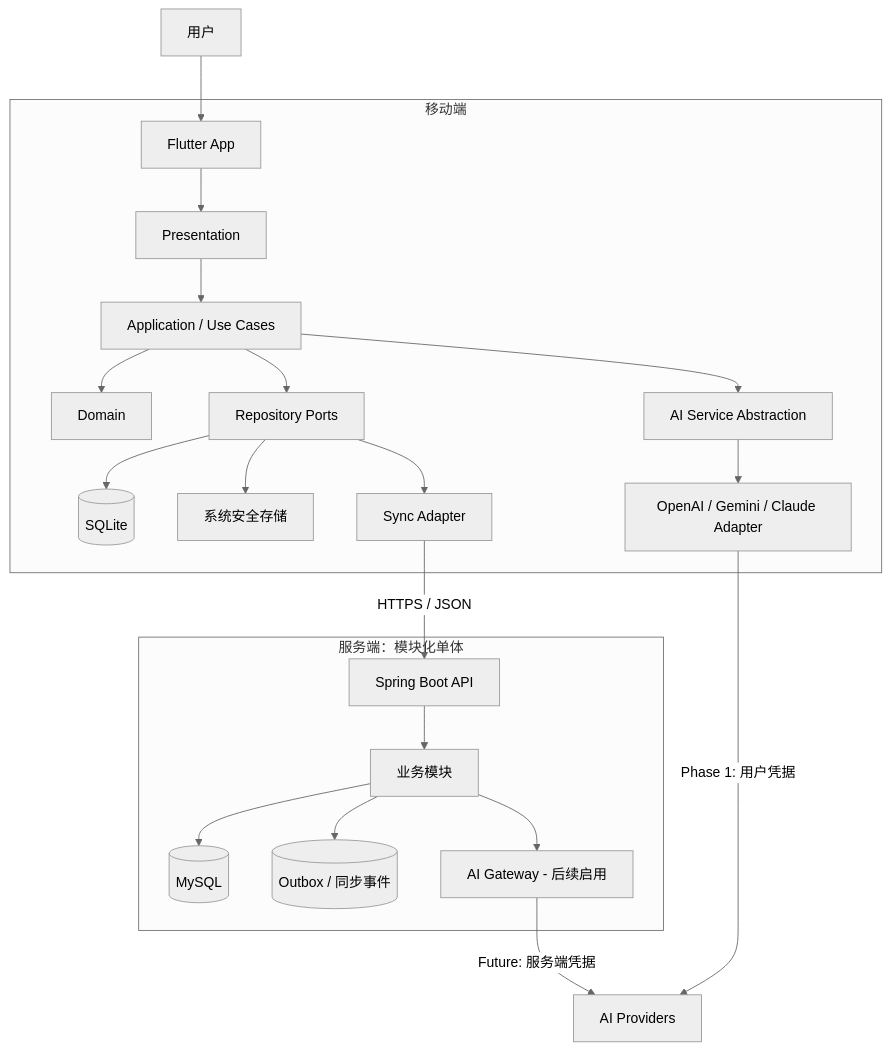
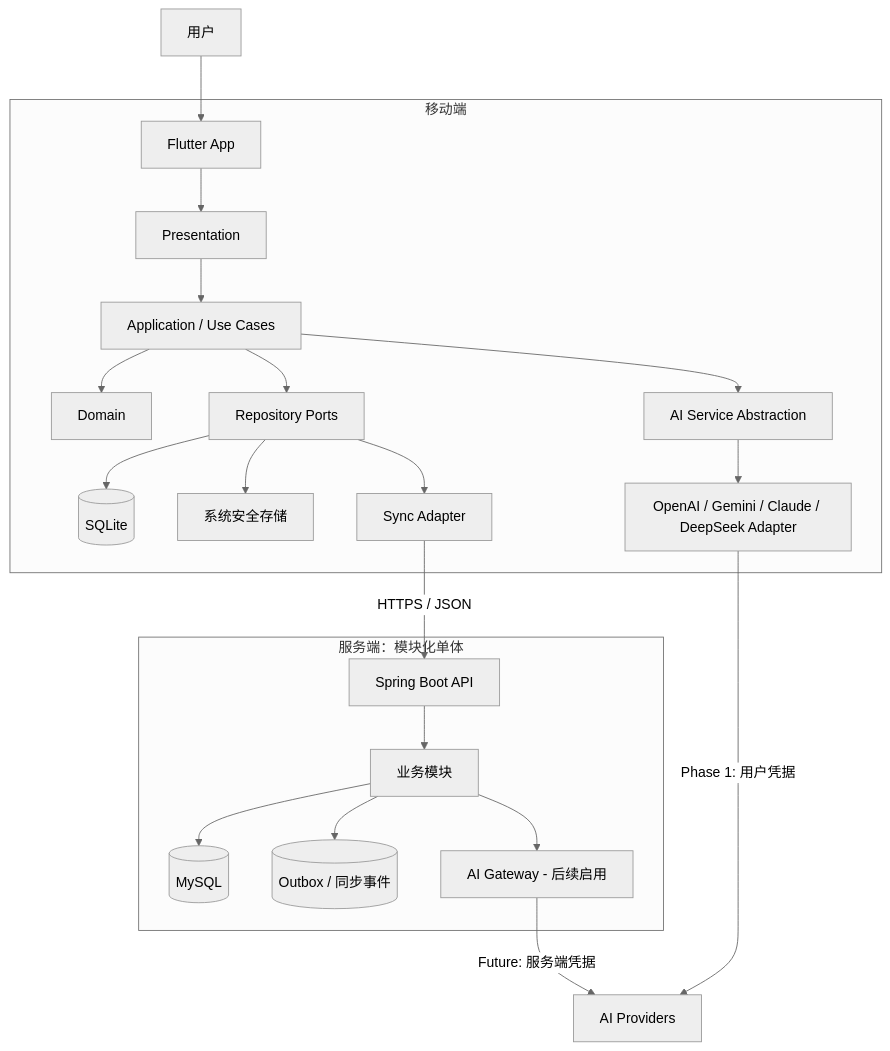
Before and after one commit to Adgaiz/LifeOS: the first of 3 diagrams in docs/LifeOS 技术架构设计文档 Architecture.md, drawn with Mermaid (neutral theme). The commit also changed other lines of this file and 29 other files, not shown here.

````diff
--- a/docs/LifeOS 技术架构设计文档 Architecture.md
+++ b/docs/LifeOS 技术架构设计文档 Architecture.md
@@ -76,28 +76,28 @@
 ```mermaid
 flowchart TB
     User[用户] --> App[Flutter App]
 
     subgraph Mobile[移动端]
         App --> UI[Presentation]
         UI --> UC[Application / Use Cases]
         UC --> Domain[Domain]
         UC --> Repo[Repository Ports]
         Repo --> SQLite[(SQLite)]
         Repo --> Secure[系统安全存储]
         Repo --> Sync[Sync Adapter]
         UC --> AIHub[AI Service Abstraction]
-        AIHub --> LocalProviders[OpenAI / Gemini / Claude Adapter]
+        AIHub --> LocalProviders[OpenAI / Gemini / Claude / DeepSeek Adapter]
     end
 
     Sync -->|HTTPS / JSON| API[Spring Boot API]
 
     subgraph Server[服务端：模块化单体]
         API --> Modules[业务模块]
         Modules --> MySQL[(MySQL)]
         Modules --> Outbox[(Outbox / 同步事件)]
         Modules --> ServerAI[AI Gateway - 后续启用]
     end
 
     LocalProviders -->|Phase 1: 用户凭据| Providers[AI Providers]
     ServerAI -->|Future: 服务端凭据| Providers
 ```
````
